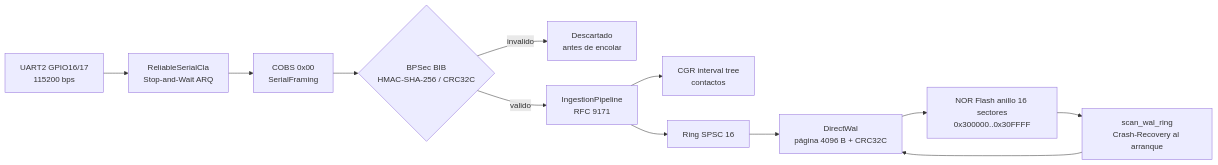
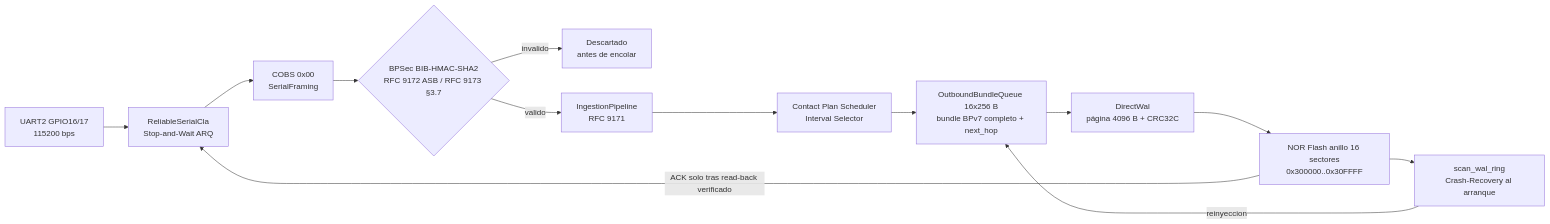
Before and after one commit to srwangcr/dtn-esp32-node: the diagram in README.md, drawn with Mermaid. The commit also changed other lines of this file and 2 other files, not shown here.

First line of the commit message:
fix: forward complete bundles and ACK only after verified Flash read-back

````diff
--- a/README.md
+++ b/README.md
@@ -10,14 +11,15 @@
 ```mermaid
 flowchart LR
     UART2[UART2 GPIO16/17<br/>115200 bps] --> ARQ[ReliableSerialCla<br/>Stop-and-Wait ARQ]
     ARQ --> COBS[COBS 0x00<br/>SerialFraming]
-    COBS --> BIB{BPSec BIB<br/>HMAC-SHA-256 / CRC32C}
+    COBS --> BIB{BPSec BIB-HMAC-SHA2<br/>RFC 9172 ASB / RFC 9173 §3.7}
     BIB -->|invalido| DROP[Descartado<br/>antes de encolar]
     BIB -->|valido| P[IngestionPipeline<br/>RFC 9171]
-    P --> CGR[CGR interval tree<br/>contactos]
-    P --> Q[Ring SPSC 16]
+    P --> PLAN[Contact Plan Scheduler<br/>Interval Selector]
+    PLAN --> Q[OutboundBundleQueue 16x256 B<br/>bundle BPv7 completo + next_hop]
     Q --> WAL[DirectWal<br/>página 4096 B + CRC32C]
     WAL --> FLASH[NOR Flash anillo 16 sectores<br/>0x300000..0x30FFFF]
     FLASH --> REC[scan_wal_ring<br/>Crash-Recovery al arranque]
-    REC --> WAL
+    REC -->|reinyeccion| Q
+    FLASH -->|ACK solo tras read-back verificado| ARQ
 ```
````
